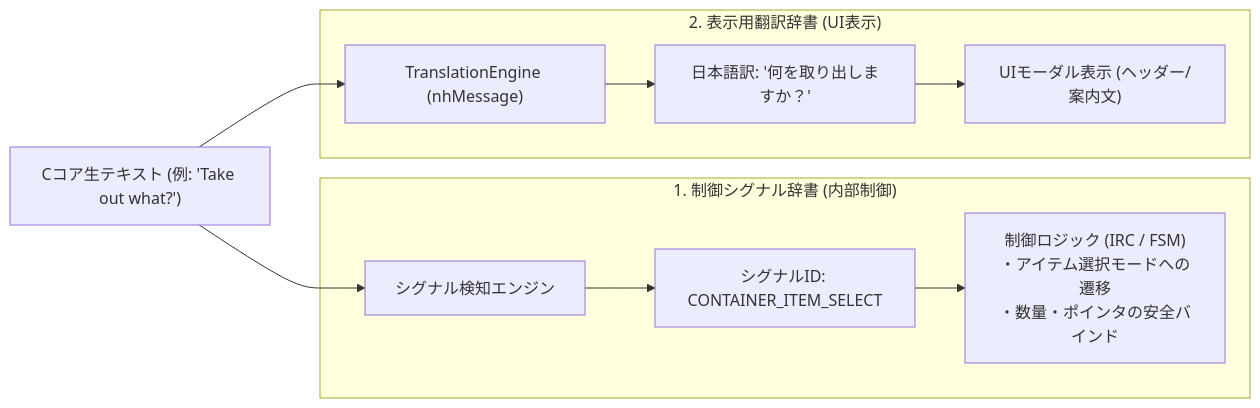
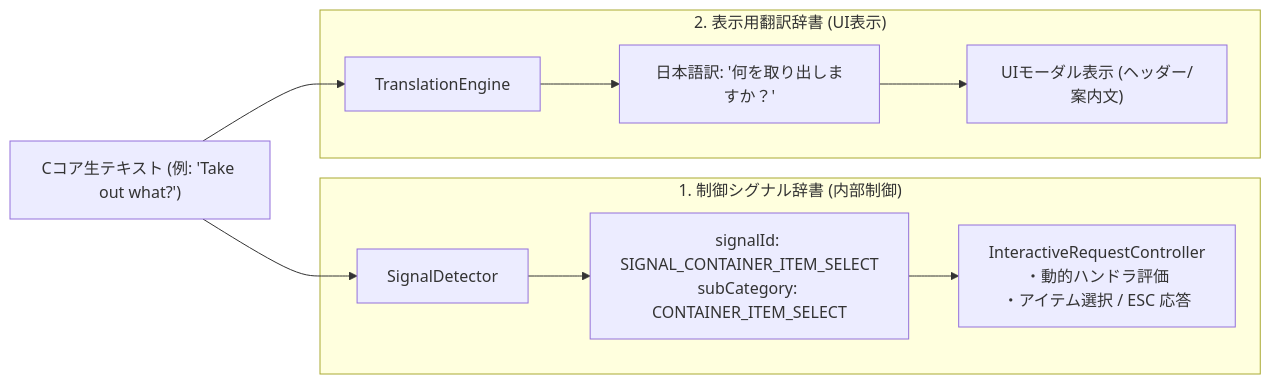
The second of 3 diagrams in docs/2_client_ui/Interactive_Request_Controller_Architecture_and_Roadmap.md (e3sh/Nethack-wasm-webUI), drawn with Mermaid before and after one commit. The commit also changed other lines of this file and 28 other files, not shown here.

````diff
--- a/docs/2_client_ui/Interactive_Request_Controller_Architecture_and_Roadmap.md
+++ b/docs/2_client_ui/Interactive_Request_Controller_Architecture_and_Roadmap.md
@@ -232,19 +87,19 @@
 ```mermaid
 flowchart LR
     RAW["Cコア生テキスト (例: 'Take out what?')"]
 
     subgraph Signal_Layer ["1. 制御シグナル辞書 (内部制御)"]
-        DETECT["シグナル検知エンジン"]
-        SIG["シグナルID: CONTAINER_ITEM_SELECT"]
-        CTRL["制御ロジック (IRC / FSM)<br/>・アイテム選択モードへの遷移<br/>・数量・ポインタの安全バインド"]
+        DETECT["SignalDetector"]
+        SIG["signalId: SIGNAL_CONTAINER_ITEM_SELECT<br/>subCategory: CONTAINER_ITEM_SELECT"]
+        CTRL["InteractiveRequestController<br/>・動的ハンドラ評価<br/>・アイテム選択 / ESC 応答"]
     end
 
     subgraph Translation_Layer ["2. 表示用翻訳辞書 (UI表示)"]
-        TR["TranslationEngine (nhMessage)"]
+        TR["TranslationEngine"]
         JP["日本語訳: '何を取り出しますか？'"]
         UI["UIモーダル表示 (ヘッダー/案内文)"]
     end
 
     RAW --> DETECT --> SIG --> CTRL
     RAW --> TR --> JP --> UI
 ```
````
